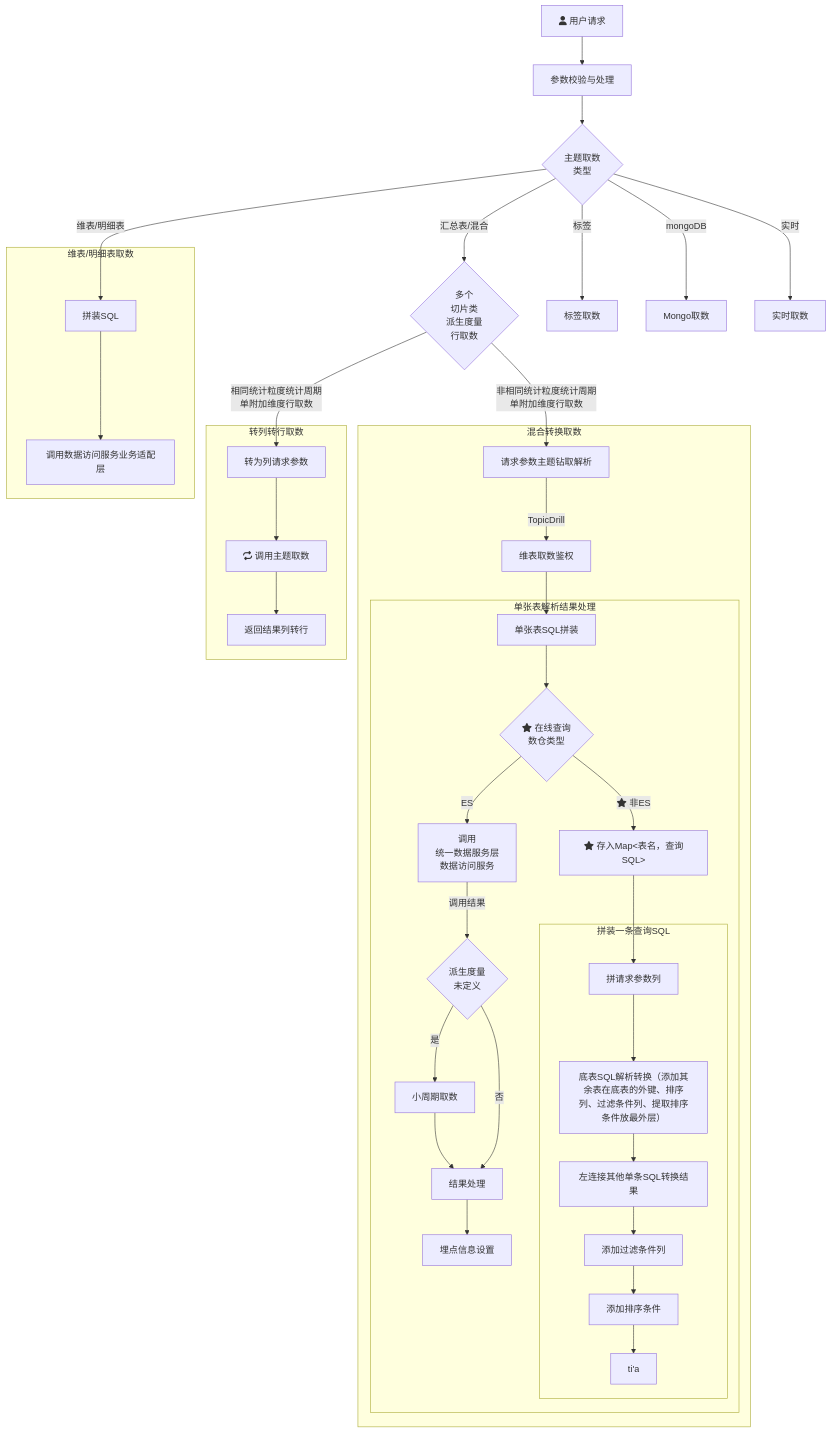
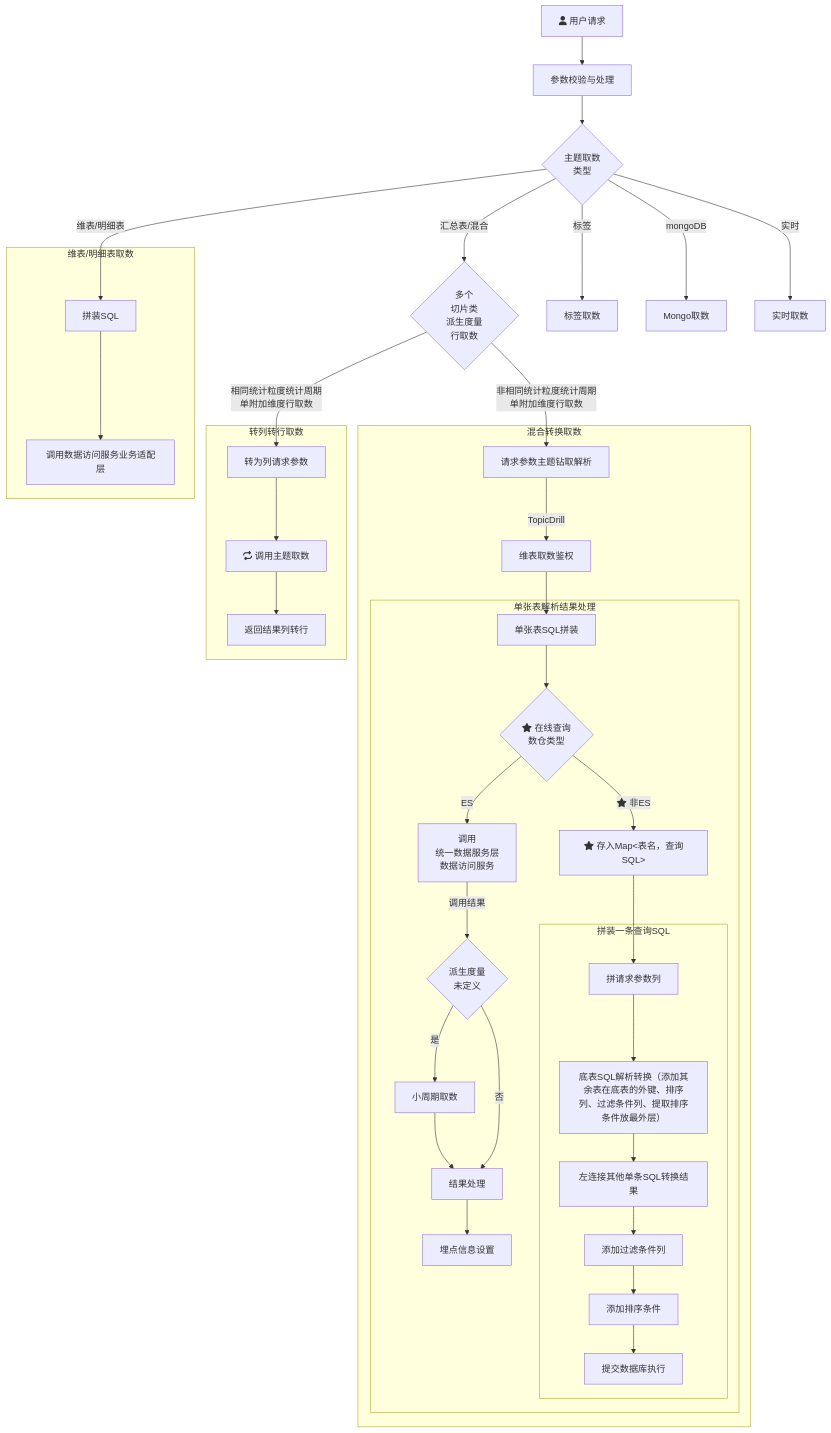
The diagram in all/未命名.md (yanglosm/iodraw-files), drawn with Mermaid before and after one commit.

Commit message:
2024-11-29 19:40:20 update

````diff
--- a/all/未命名.md
+++ b/all/未命名.md
@@ -1,30 +1,30 @@
 ```mermaid
 flowchart TD
     A[fa:fa-user 用户请求] -->A1[参数校验与处理] --> B{主题取数\n类型}
     B -->|维表/明细表| D[拼装SQL]
     B -->|汇总表/混合| E{多个\n切片类\n派生度量\n行取数}
     B -->|标签| F[标签取数]
     B -->|mongoDB| G[Mongo取数]
     B -->|实时| H[实时取数]
     E -->|相同统计粒度统计周期\n单附加维度行取数| E1[转为列请求参数]
     E -->|非相同统计粒度统计周期\n单附加维度行取数| T1[请求参数主题钻取解析]
     subgraph 维表/明细表取数
     D-->D1[调用数据访问服务业务适配层]
     end
     subgraph 转列转行取数
     E1-->E11[fa:fa-repeat 调用主题取数]-->E12[返回结果列转行]
     end
     subgraph 混合转换取数
     T1-->|TopicDrill| T2[维表取数鉴权] --> T31[单张表SQL拼装]
         subgraph 单张表解析结果处理
         T31 --> T4{fa:fa-star 在线查询\n数仓类型}-->|ES|T32[调用\n统一数据服务层\n数据访问服务] --> |调用结果|T33{派生度量\n未定义}
         T33 --> |是|T33_1[小周期取数]-->T34[结果处理]-->T35[埋点信息设置]
         T33 --> |否|T34
         T4 --> |fa:fa-star 非ES|T41["fa:fa-star 存入Map<表名，查询SQL>"]
         T41 --> T42[拼请求参数列]
             subgraph 拼装一条查询SQL
-            T42 --> M1[底表SQL解析转换（添加其余表在底表的外键、排序列、过滤条件列、提取排序条件放最外层）] --> M2[左连接其他单条SQL转换结果] --> 添加过滤条件列 --> 添加排序条件 --> ti'a
+            T42 --> M1[底表SQL解析转换（添加其余表在底表的外键、排序列、过滤条件列、提取排序条件放最外层）] --> M2[左连接其他单条SQL转换结果] --> 添加过滤条件列 --> 添加排序条件 --> 提交数据库执行
             end
         end
     end
 ```
````
